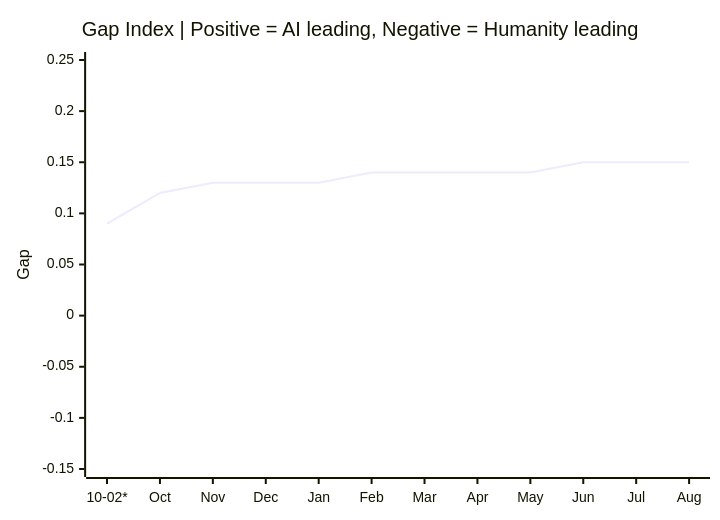
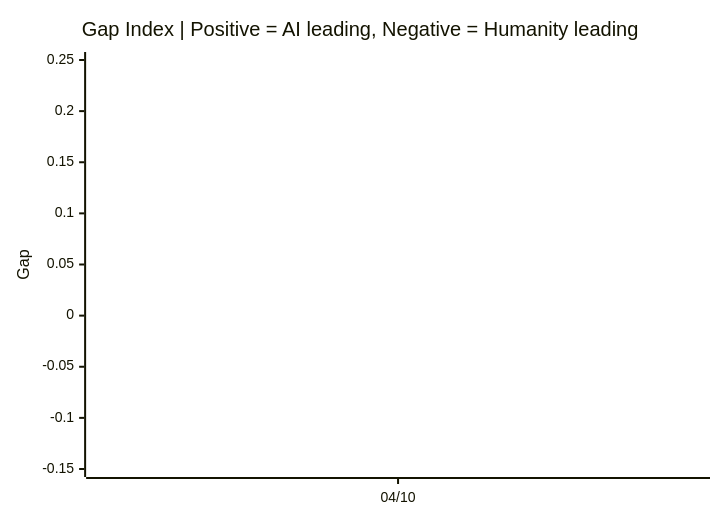
One commit to VQQLK/Human-AI-Monitor changed the second of 2 diagrams in README.md. Above: the diagram before and after it, drawn with Mermaid. The commit also changed other lines of this file and 4 other files, not shown here.

First line of the commit message:
feat(readme): history-based charts + /gap-history endpoint (#27)

````diff
--- a/README.md
+++ b/README.md
@@ -44,7 +43,7 @@
 ```mermaid
 xychart-beta
     title "Gap Index | Positive = AI leading, Negative = Humanity leading"
-    x-axis ["10-02*", "Oct", "Nov", "Dec", "Jan", "Feb", "Mar", "Apr", "May", "Jun", "Jul", "Aug"]
+    x-axis ["04/10"]
     y-axis "Gap" -0.15 --> 0.25
-    line [0.09, 0.12, 0.13, 0.13, 0.13, 0.14, 0.14, 0.14, 0.14, 0.15, 0.15, 0.15]
+    line [0.09]
 ```
````
